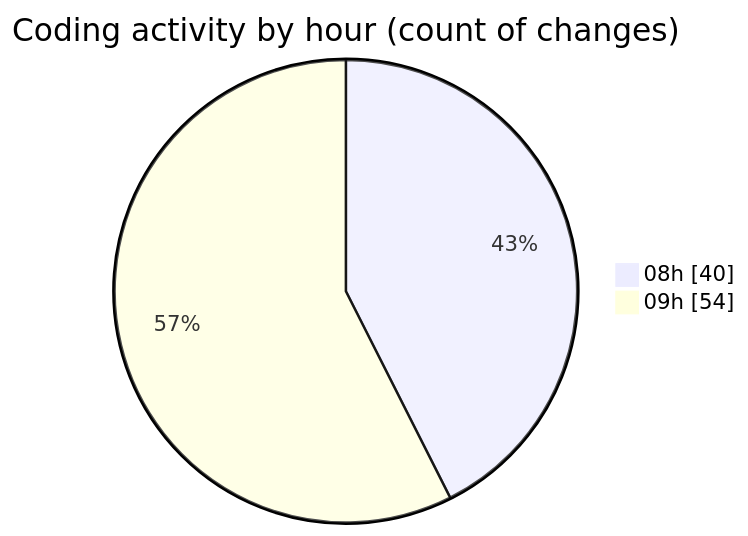
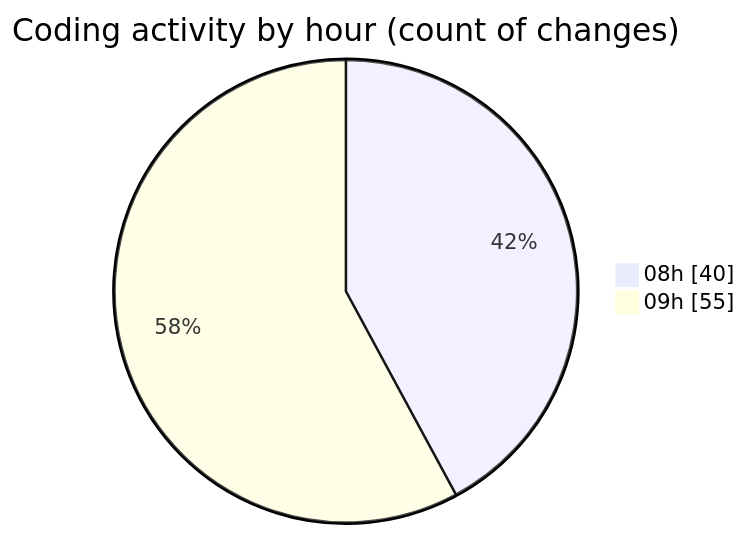
Before and after one commit to robertbonfada/code-tracking: the second of 2 diagrams in 2025-01-27/mbc-web/README.md, drawn with Mermaid. The commit also changed other lines of this file and 1 other file, not shown here.

````diff
--- a/2025-01-27/mbc-web/README.md
+++ b/2025-01-27/mbc-web/README.md
@@ -45,6 +45,6 @@
 ```mermaid
 pie showData
 title Coding activity by hour (count of changes)
 "08h" : 40
-"09h" : 54
+"09h" : 55
 ```
````
